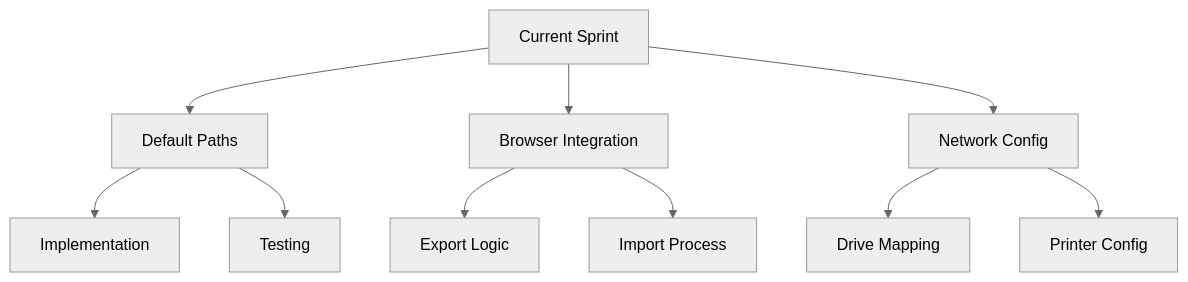
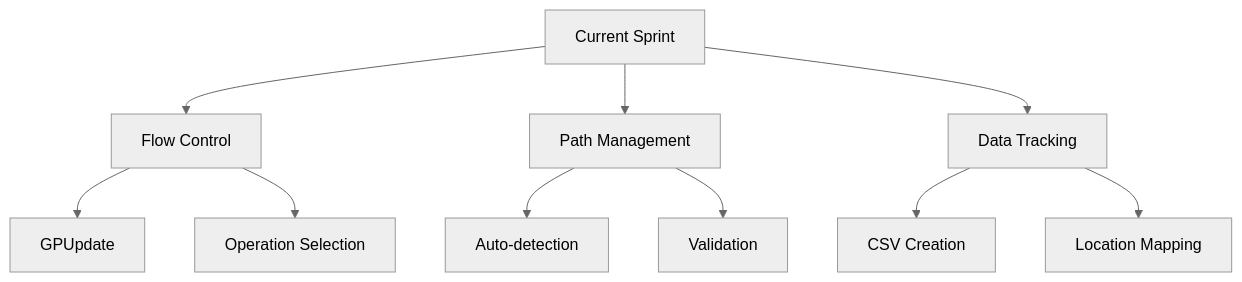
One commit to amcodin/Powershell_EQL changed the third of 4 diagrams in memory-bank/activeContext.md. Above: the diagram before and after it, drawn with Mermaid (neutral theme). The commit also changed other lines of this file and 2 other files, not shown here.

````diff
--- a/memory-bank/activeContext.md
+++ b/memory-bank/activeContext.md
@@ -71,15 +72,15 @@
 ```mermaid
 graph TD
-    A[Current Sprint] --> B[Default Paths]
-    A --> C[Browser Integration]
-    A --> D[Network Config]
+    A[Current Sprint] --> B[Flow Control]
+    A --> C[Path Management]
+    A --> D[Data Tracking]
     
-    B --> E[Implementation]
-    B --> F[Testing]
+    B --> E[GPUpdate]
+    B --> F[Operation Selection]
     
-    C --> G[Export Logic]
-    C --> H[Import Process]
+    C --> G[Auto-detection]
+    C --> H[Validation]
     
-    D --> I[Drive Mapping]
-    D --> J[Printer Config]
+    D --> I[CSV Creation]
+    D --> J[Location Mapping]
 ```
````
